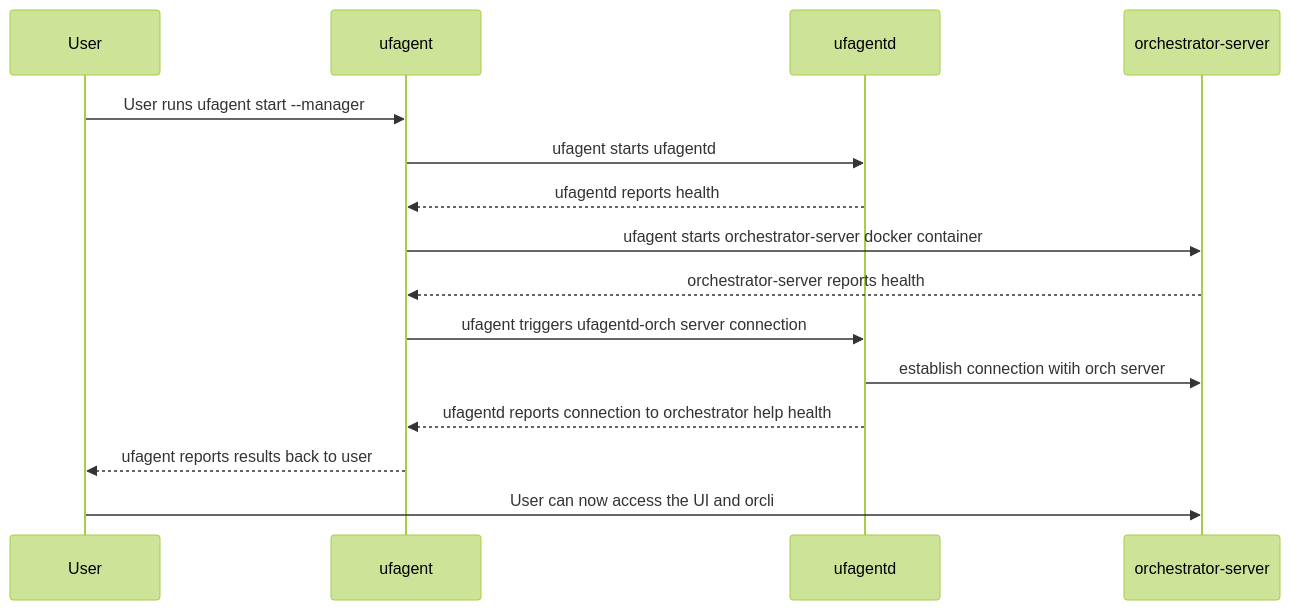
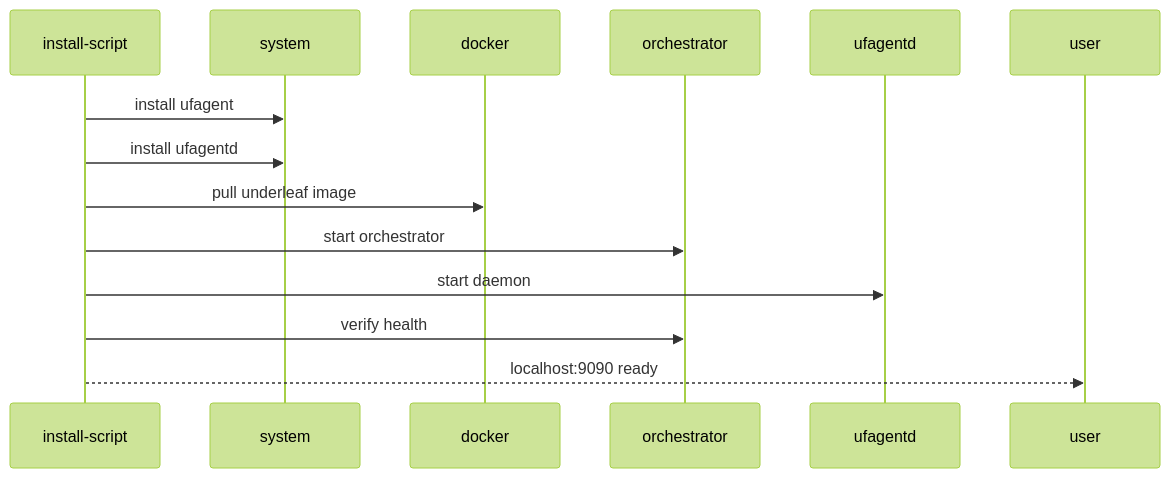
One commit to ambientlabscomputing/underleaf_v2 changed the second of 2 diagrams in RFDs/RFD-1.md. Above: the diagram before and after it, drawn with Mermaid (forest theme). The commit also changed other lines of this file and 11 other files, not shown here.

Commit message:
feat: Add Docker support and orchestrator server setup with CLI commands

````diff
--- a/RFDs/RFD-1.md
+++ b/RFDs/RFD-1.md
@@ -35,13 +25,11 @@
 ```mermaid
 sequenceDiagram
-    User->>ufagent: User runs ufagent start --manager
-    ufagent->>ufagentd: ufagent starts ufagentd
-    ufagentd-->>ufagent: ufagentd reports health
-    ufagent->>orchestrator-server: ufagent starts orchestrator-server docker container
-    orchestrator-server-->>ufagent: orchestrator-server reports health
-    ufagent->>ufagentd: ufagent triggers ufagentd-orch server connection
-    ufagentd->>orchestrator-server: establish connection witih orch server
-    ufagentd-->>ufagent: ufagentd reports connection to orchestrator help health
-    ufagent-->>User: ufagent reports results back to user
-    User->>orchestrator-server: User can now access the UI and orcli
+
+install-script->>system: install ufagent
+install-script->>system: install ufagentd
+install-script->>docker: pull underleaf image
+install-script->>orchestrator: start orchestrator
+install-script->>ufagentd: start daemon
+install-script->>orchestrator: verify health
+install-script-->>user: localhost:9090 ready
 ```
````
